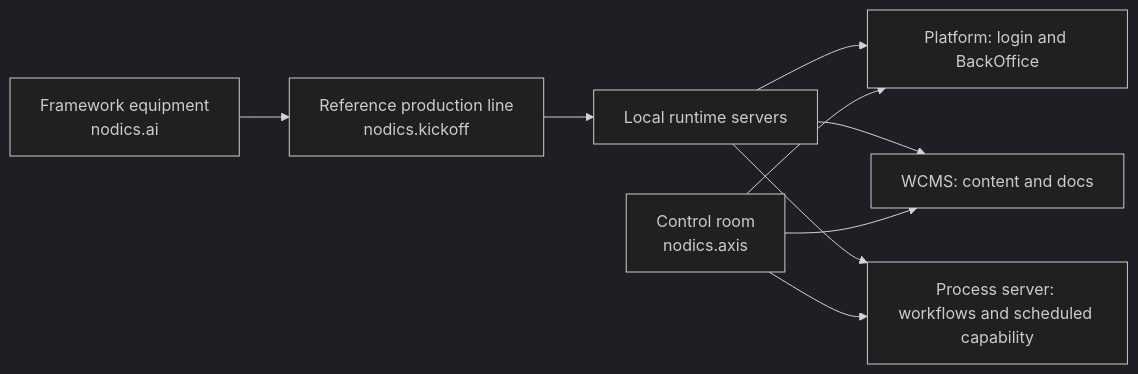
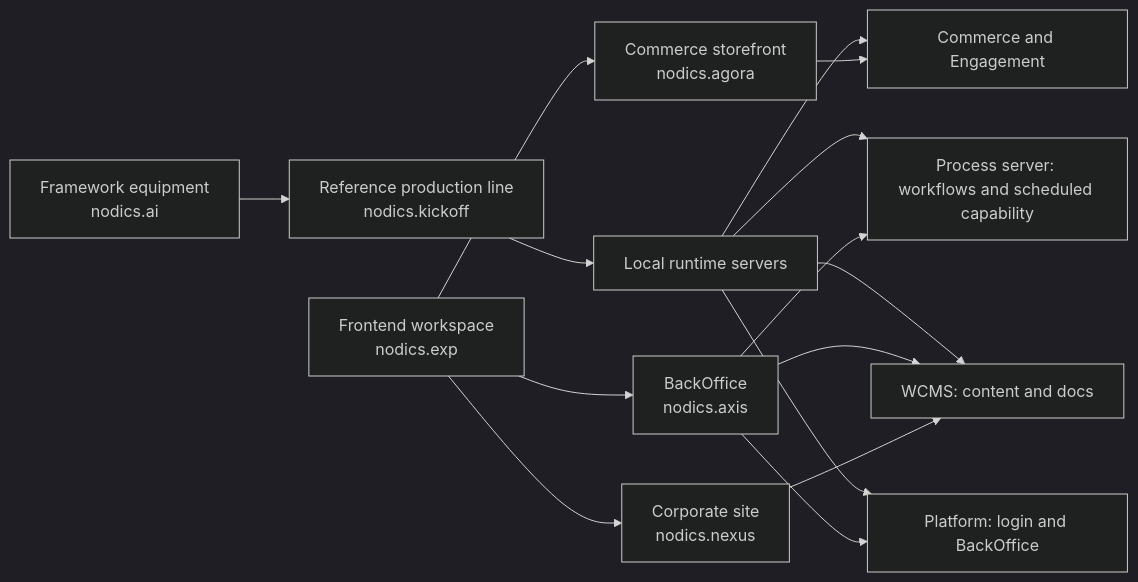
The first of 2 diagrams in docs/pages/project-overview.md (Nodics/nodics.kickoff), drawn with Mermaid (dark theme) before and after one commit. The commit also changed other lines of this file and 439 other files, not shown here.

````diff
--- a/docs/pages/project-overview.md
+++ b/docs/pages/project-overview.md
@@ -69,11 +70,17 @@
 ```mermaid
 flowchart LR
   Framework["Framework equipment<br/>nodics.ai"] --> Project["Reference production line<br/>nodics.kickoff"]
   Project --> Servers["Local runtime servers"]
   Servers --> Platform["Platform: login and BackOffice"]
   Servers --> WCMS["WCMS: content and docs"]
   Servers --> Automation["Process server: workflows and scheduled capability"]
-  Axis["Control room<br/>nodics.axis"] --> Platform
+  Servers --> Commerce["Commerce and Engagement"]
+  UiWorkspace["Frontend workspace<br/>nodics.exp"] --> Axis["BackOffice<br/>nodics.axis"]
+  UiWorkspace --> Nexus["Corporate site<br/>nodics.nexus"]
+  UiWorkspace --> Agora["Commerce storefront<br/>nodics.agora"]
+  Axis --> Platform
   Axis --> WCMS
   Axis --> Automation
+  Nexus --> WCMS
+  Agora --> Commerce
 ```
````
